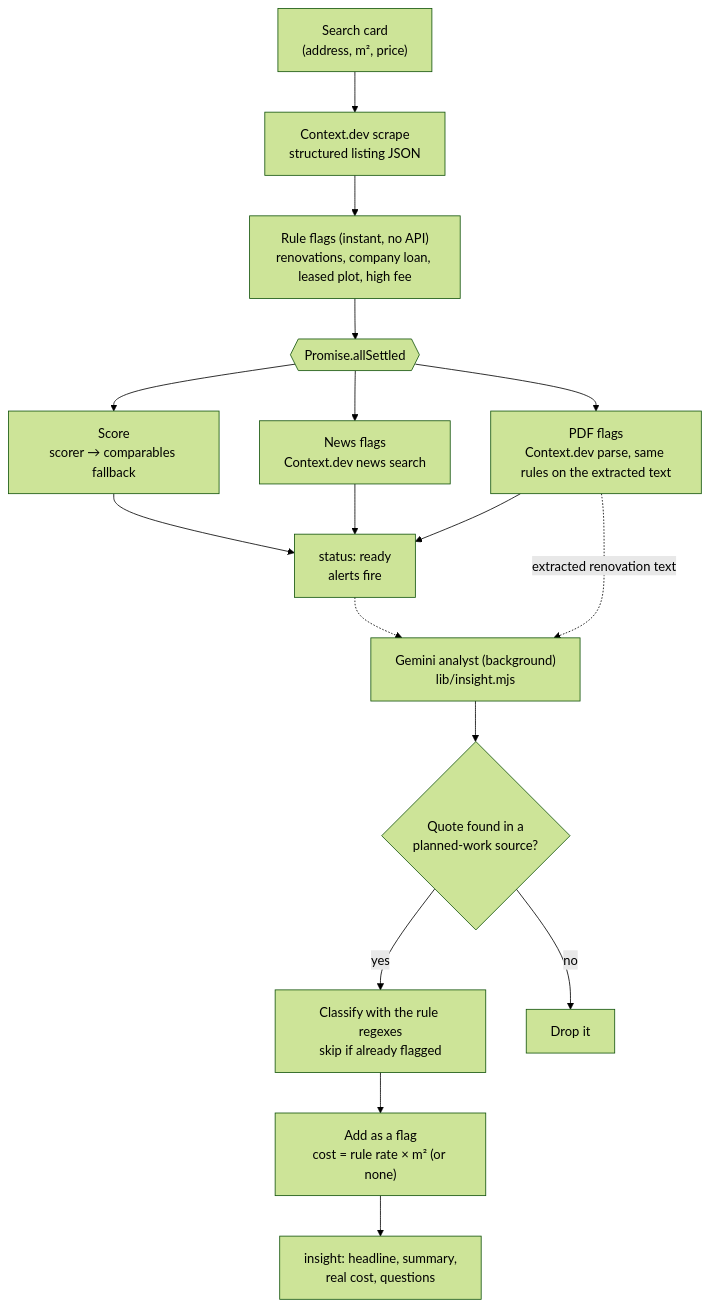
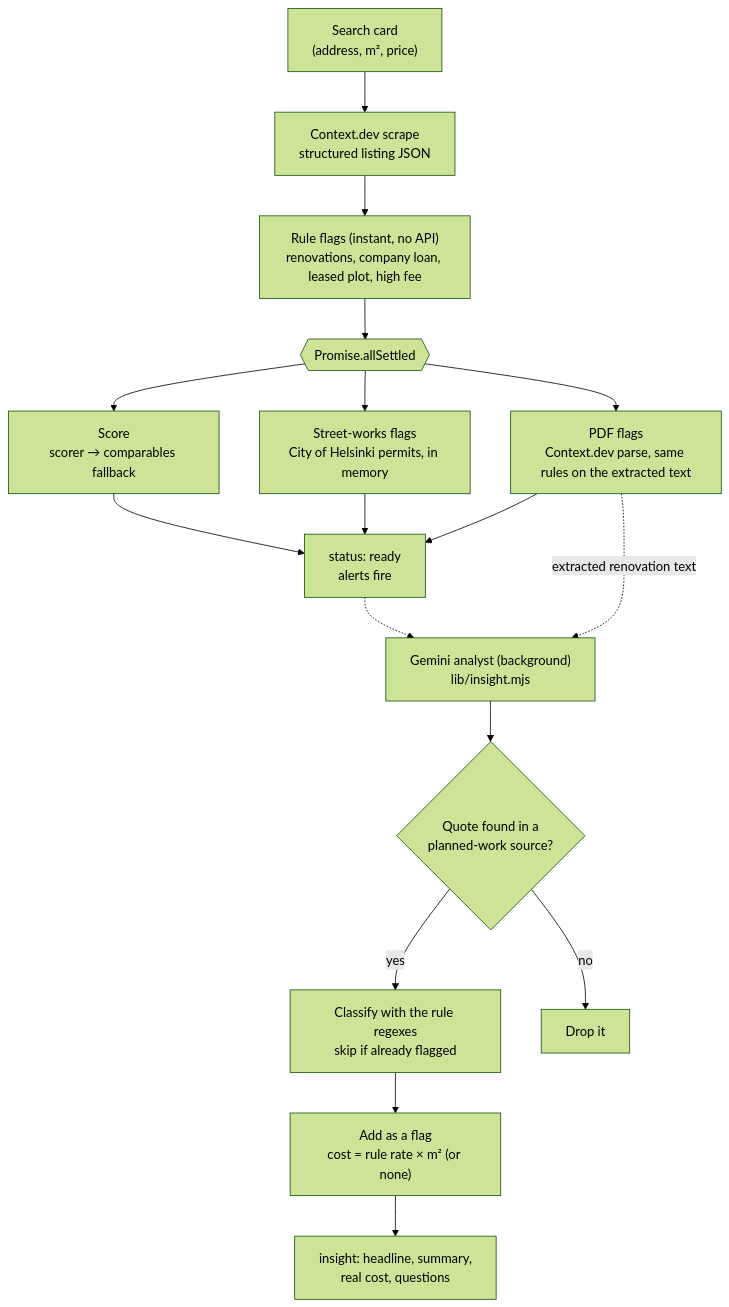
The third of 5 diagrams in docs/architecture.md (Junction26AKA/flatradar), drawn with Mermaid (forest theme) before and after one commit. The commit also changed other lines of this file and 21 other files, not shown here.

First line of the commit message:
feat: street-works flags, price sweep, Oikotie with cross-portal dedupe, honest scores

````diff
--- a/docs/architecture.md
+++ b/docs/architecture.md
@@ -101,17 +103,17 @@
 ```mermaid
 flowchart TD
   CARD["Search card<br/>(address, m², price)"] --> EXTRACT["Context.dev scrape<br/>structured listing JSON"]
   EXTRACT --> RULES["Rule flags (instant, no API)<br/>renovations, company loan, leased plot, high fee"]
   RULES --> FAN{{"Promise.allSettled"}}
   FAN --> SCORE["Score<br/>scorer → comparables fallback"]
-  FAN --> NEWSF["News flags<br/>Context.dev news search"]
+  FAN --> NEWSF["Street-works flags<br/>City of Helsinki permits, in memory"]
   FAN --> DOCS["PDF flags<br/>Context.dev parse, same rules on the extracted text"]
   SCORE & NEWSF & DOCS --> READY["status: ready<br/>alerts fire"]
   READY -.-> GEMINI["Gemini analyst (background)<br/>lib/insight.mjs"]
   DOCS -. "extracted renovation text" .-> GEMINI
   GEMINI --> GROUND{"Quote found in a<br/>planned-work source?"}
   GROUND -- yes --> KIND["Classify with the rule regexes<br/>skip if already flagged"]
   KIND --> KEEP["Add as a flag<br/>cost = rule rate × m² (or none)"]
   GROUND -- no --> DROP["Drop it"]
   KEEP --> INSIGHT["insight: headline, summary,<br/>real cost, questions"]
 ```
````
